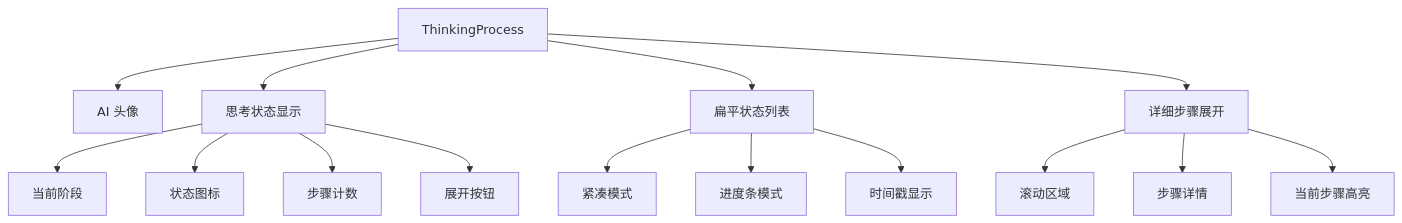
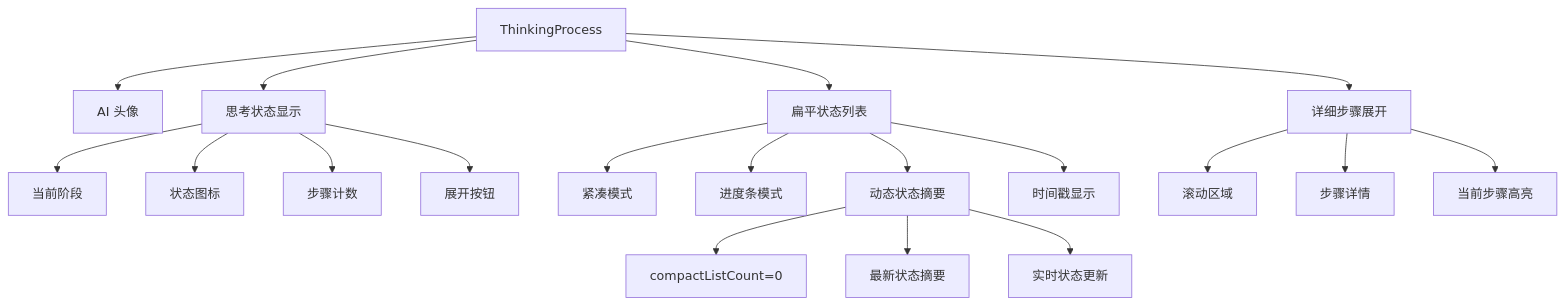
Before and after one commit to zhiyue/infinite-scribe: the third of 10 diagrams in apps/frontend/src/components/genesis/README.md, drawn with Mermaid. The commit also changed other lines of this file, not shown here.

````diff
--- a/apps/frontend/src/components/genesis/README.md
+++ b/apps/frontend/src/components/genesis/README.md
@@ -155,20 +161,25 @@
 ```mermaid
 graph TD
     A[ThinkingProcess] --> B[AI 头像]
     A --> C[思考状态显示]
     A --> D[扁平状态列表]
     A --> E[详细步骤展开]
     
     C --> C1[当前阶段]
     C --> C2[状态图标]
     C --> C3[步骤计数]
     C --> C4[展开按钮]
     
     D --> D1[紧凑模式]
     D --> D2[进度条模式]
-    D --> D3[时间戳显示]
+    D --> D3[动态状态摘要]
+    D --> D4[时间戳显示]
     
     E --> E1[滚动区域]
     E --> E2[步骤详情]
     E --> E3[当前步骤高亮]
+    
+    D3 --> D3a[compactListCount=0]
+    D3 --> D3b[最新状态摘要]
+    D3 --> D3c[实时状态更新]
 ```
````
